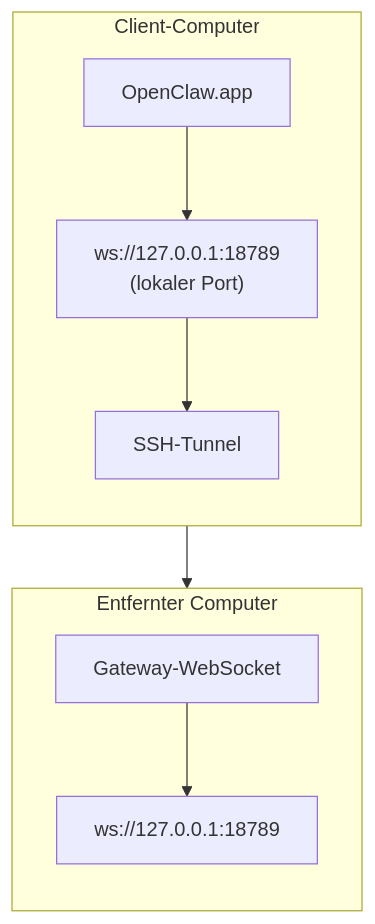
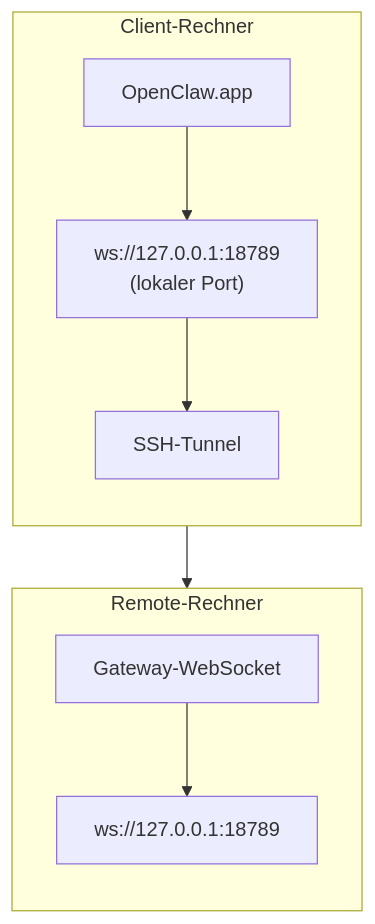
One commit to openclaw/docs changed the diagram in docs/de/gateway/remote-gateway-readme.md. Above: the diagram before and after it, drawn with Mermaid. The commit also changed other lines of this file and 759 other files, not shown here.

````diff
--- a/docs/de/gateway/remote-gateway-readme.md
+++ b/docs/de/gateway/remote-gateway-readme.md
@@ -23,20 +24,20 @@
 ```mermaid
 flowchart TB
-    subgraph Client["Client-Computer"]
+    subgraph Client["Client-Rechner"]
         direction TB
         A["OpenClaw.app"]
         B["ws://127.0.0.1:18789\n(lokaler Port)"]
         T["SSH-Tunnel"]
 
         A --> B
         B --> T
     end
-    subgraph Remote["Entfernter Computer"]
+    subgraph Remote["Remote-Rechner"]
         direction TB
         C["Gateway-WebSocket"]
         D["ws://127.0.0.1:18789"]
 
         C --> D
     end
     T --> C
 ```
````
